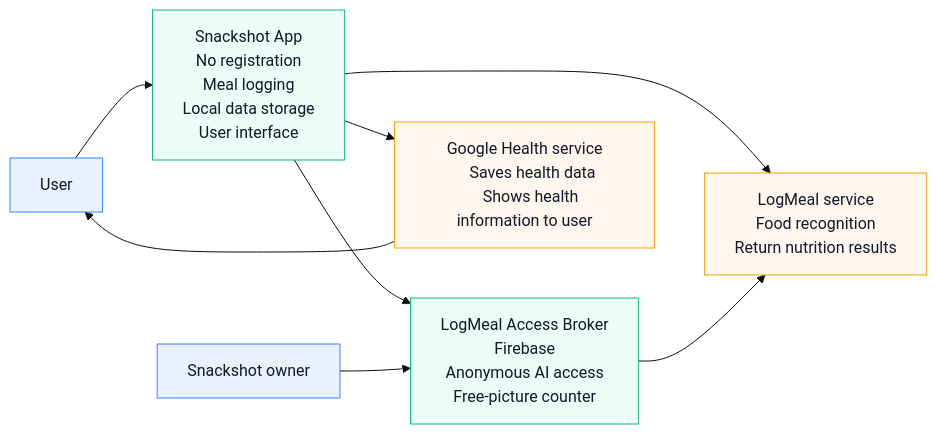
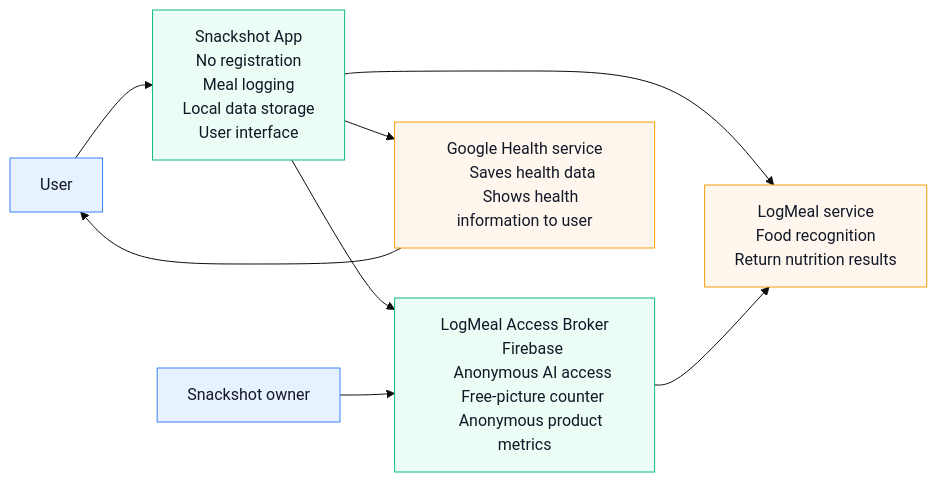
One commit to sergeybelyuga-ops/snackshot changed the diagram in docs/Architecture/05_c4-context-diagram.md. Above: the diagram before and after it, drawn with Mermaid (base theme). The commit also changed other lines of this file and 28 other files, not shown here.

````diff
--- a/docs/Architecture/05_c4-context-diagram.md
+++ b/docs/Architecture/05_c4-context-diagram.md
@@ -22,33 +23,34 @@
 ```mermaid
 flowchart LR
     U[User] --> G[Snackshot App
     No registration
     Meal logging
     Local data storage
     User interface]
 
     G --> A[LogMeal service
     Food recognition
     Return nutrition results]
 
     G --> B[LogMeal Access Broker
     Firebase
     Anonymous AI access
-    Free-picture counter]
+    Free-picture counter
+    Anonymous product metrics]
     B --> A
     O[Snackshot owner] --> B
 
     G --> GH[Google Health service
     Saves health data
     Shows health information to user]
 
     GH --> U
 
     classDef actor fill:#e8f1ff,stroke:#3b82f6,color:#111827;
     classDef system fill:#ecfdf5,stroke:#10b981,color:#111827;
     classDef external fill:#fff7ed,stroke:#f59e0b,color:#111827;
 
     class U,O actor;
     class G,B system;
     class A,GH external;
 ```
````
